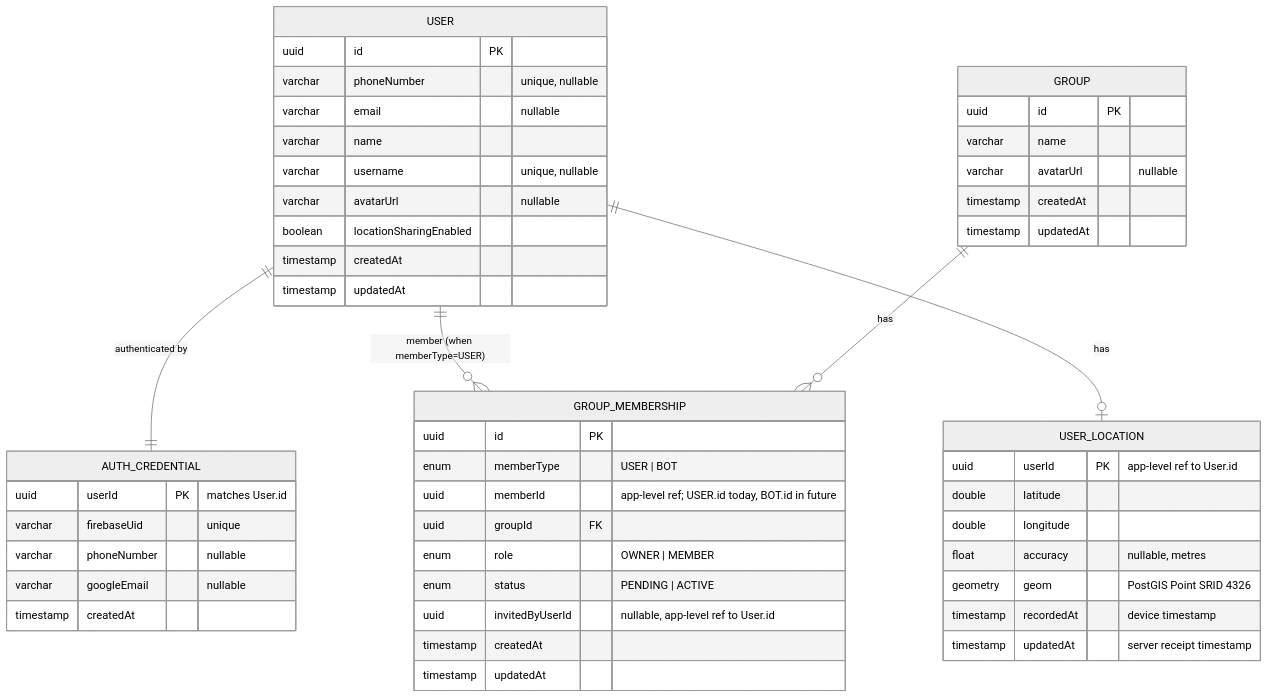
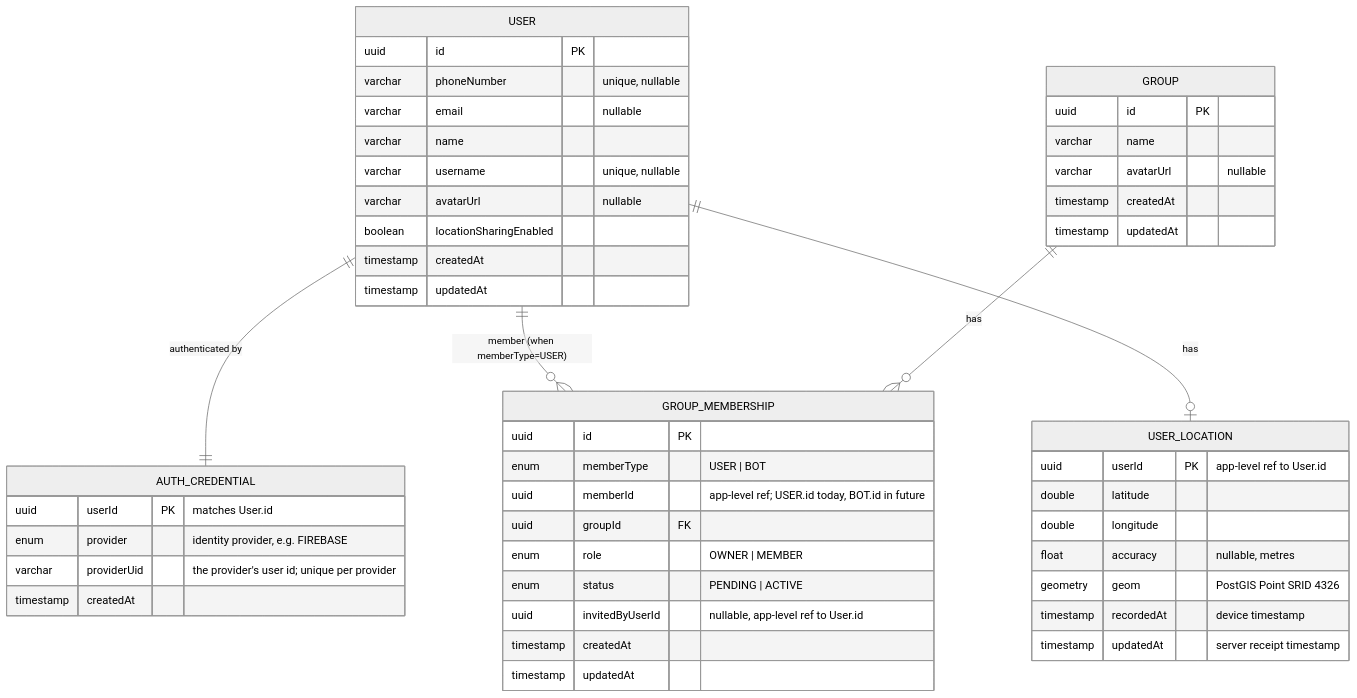
Before and after one commit to swapnilgt/track-my-buds: the diagram in .claude/domain_model.md, drawn with Mermaid (neutral theme). The commit also changed other lines of this file and 6 other files, not shown here.

````diff
--- a/.claude/domain_model.md
+++ b/.claude/domain_model.md
@@ -9,57 +9,56 @@
 ```mermaid
 erDiagram
     USER {
         uuid id PK
         varchar phoneNumber "unique, nullable"
         varchar email "nullable"
         varchar name
         varchar username "unique, nullable"
         varchar avatarUrl "nullable"
         boolean locationSharingEnabled
         timestamp createdAt
         timestamp updatedAt
     }
 
     AUTH_CREDENTIAL {
         uuid userId PK "matches User.id"
-        varchar firebaseUid "unique"
-        varchar phoneNumber "nullable"
-        varchar googleEmail "nullable"
+        enum provider "identity provider, e.g. FIREBASE"
+        varchar providerUid "the provider's user id; unique per provider"
         timestamp createdAt
     }
 
     GROUP {
         uuid id PK
         varchar name
         varchar avatarUrl "nullable"
         timestamp createdAt
         timestamp updatedAt
     }
 
     GROUP_MEMBERSHIP {
         uuid id PK
         enum memberType "USER | BOT"
         uuid memberId "app-level ref; USER.id today, BOT.id in future"
         uuid groupId FK
         enum role "OWNER | MEMBER"
         enum status "PENDING | ACTIVE"
         uuid invitedByUserId "nullable, app-level ref to User.id"
         timestamp createdAt
         timestamp updatedAt
     }
 
     USER_LOCATION {
         uuid userId PK "app-level ref to User.id"
         double latitude
         double longitude
         float accuracy "nullable, metres"
         geometry geom "PostGIS Point SRID 4326"
         timestamp recordedAt "device timestamp"
         timestamp updatedAt "server receipt timestamp"
     }
 
     USER ||--|| AUTH_CREDENTIAL : "authenticated by"
     USER ||--o{ GROUP_MEMBERSHIP : "member (when memberType=USER)"
     GROUP ||--o{ GROUP_MEMBERSHIP : "has"
     USER ||--o| USER_LOCATION : "has"
 ```
````
